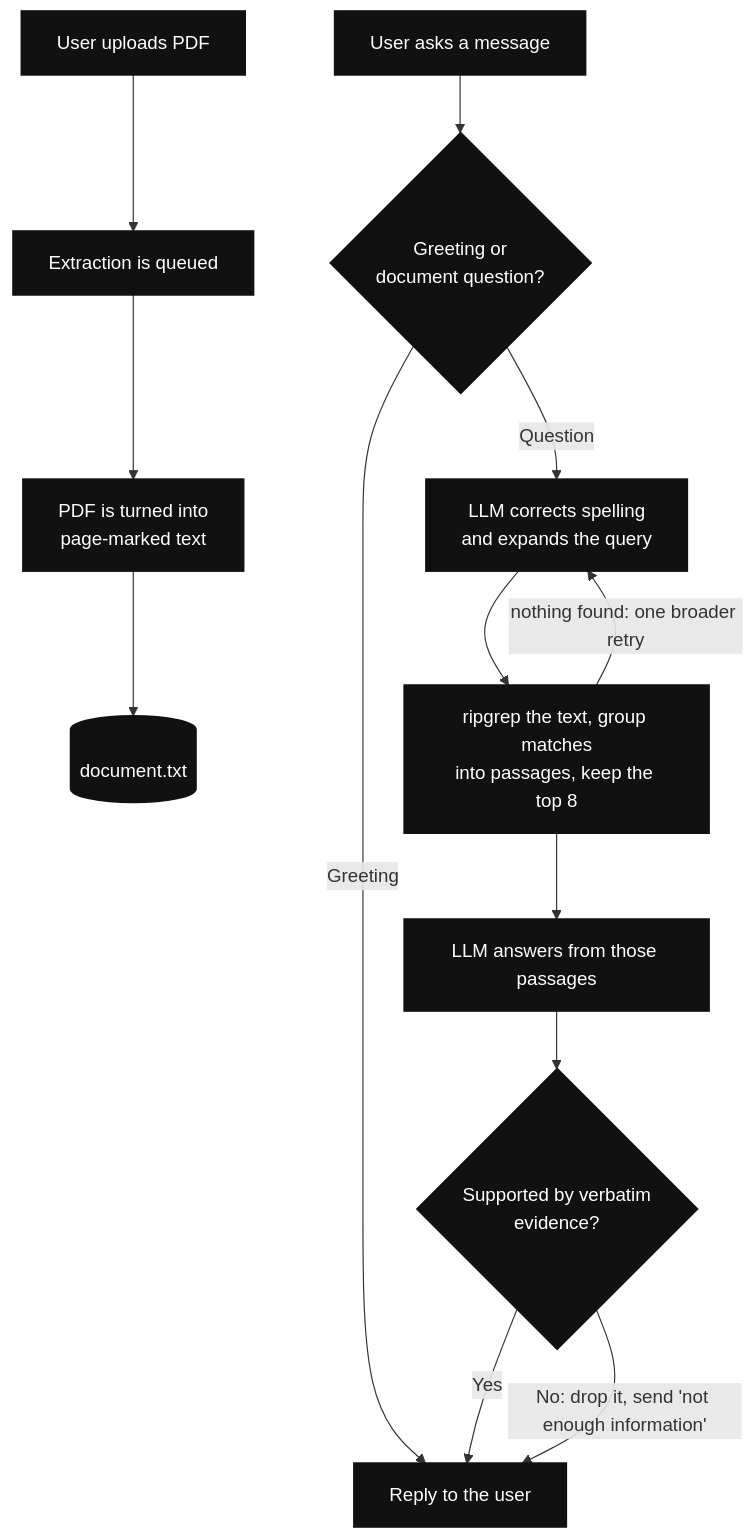
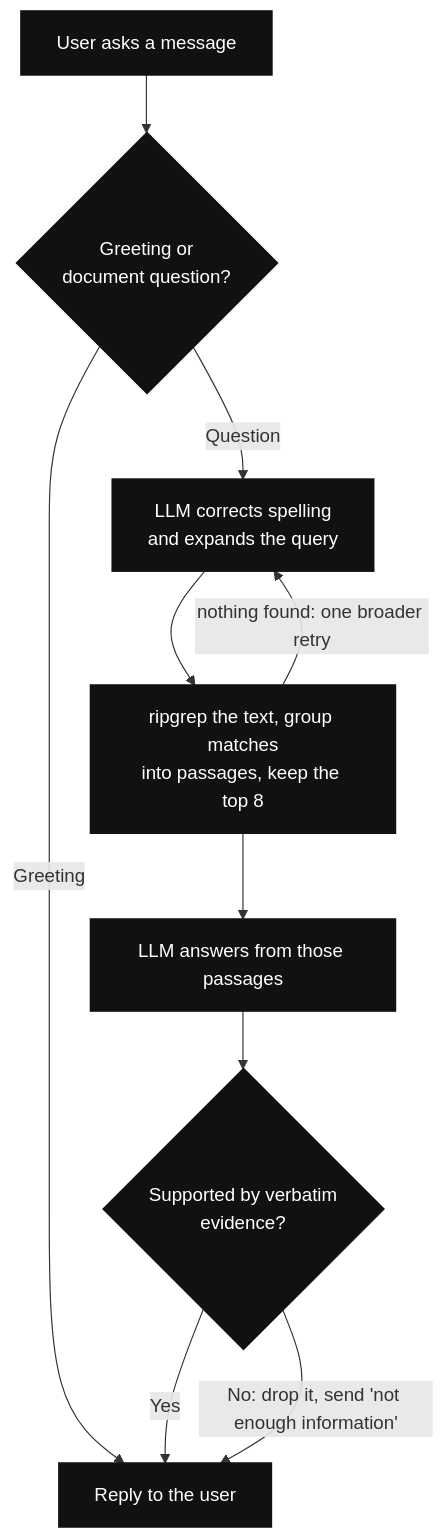
Before and after one commit to gunjchhetri/grepping_demo: the diagram in README.md, drawn with Mermaid. The commit also changed other lines of this file, not shown here.

Commit message:
fixed the arch diagram

````diff
--- a/README.md
+++ b/README.md
@@ -8,18 +8,14 @@
 ```mermaid
 flowchart TD
-    Upload["User uploads PDF"] --> Queue["Extraction is queued"]
-    Queue --> Extract["PDF is turned into<br/>page-marked text"]
-    Extract --> Mount[("document.txt")]
-
     Ask["User asks a message"] --> Classify{"Greeting or<br/>document question?"}
     Classify -->|"Greeting"| Response["Reply to the user"]
     Classify -->|"Question"| Query["LLM corrects spelling<br/>and expands the query"]
     Query --> Search["ripgrep the text, group matches<br/>into passages, keep the top 8"]
     Search -->|"nothing found: one broader retry"| Query
     Search --> Answer["LLM answers from those passages"]
     Answer --> Validate{"Supported by verbatim<br/>evidence?"}
     Validate -->|"Yes"| Response
     Validate -->|"No: drop it, send 'not enough information'"| Response
 
     classDef default fill:#111111,color:#ffffff,stroke:#111111,stroke-width:2px;
 ```
````
